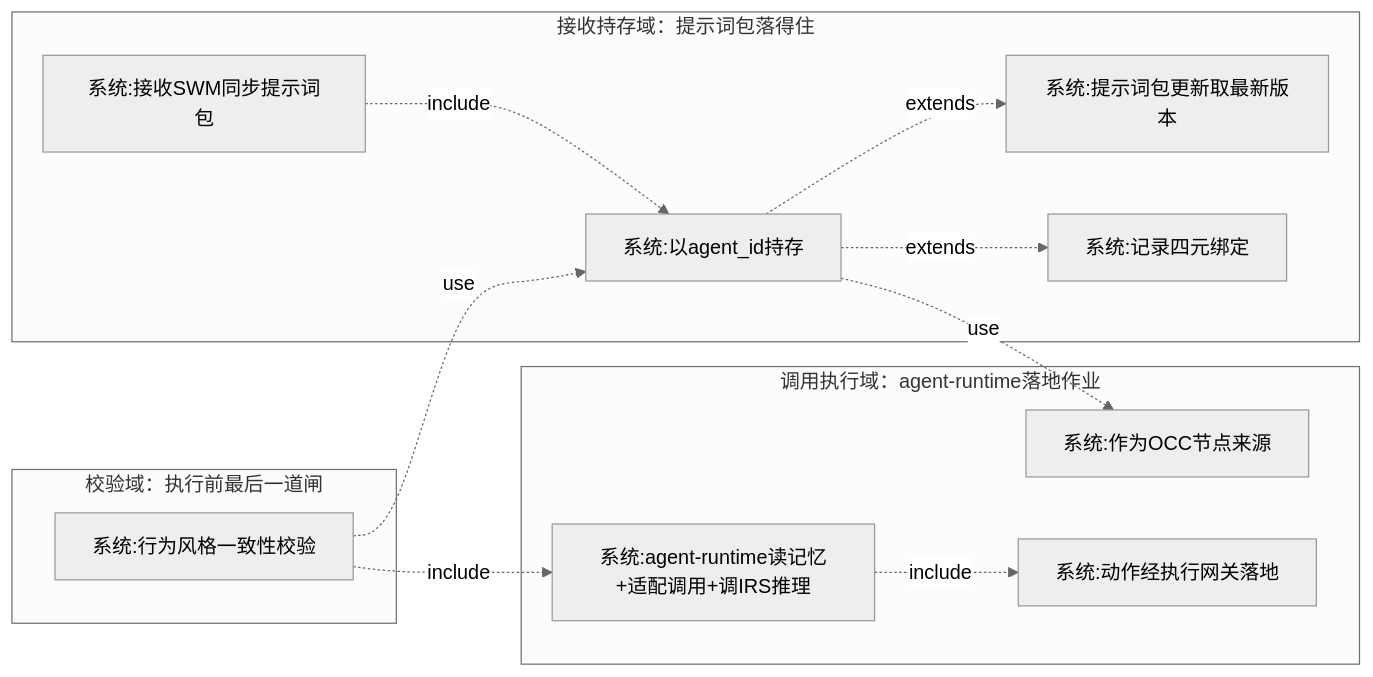
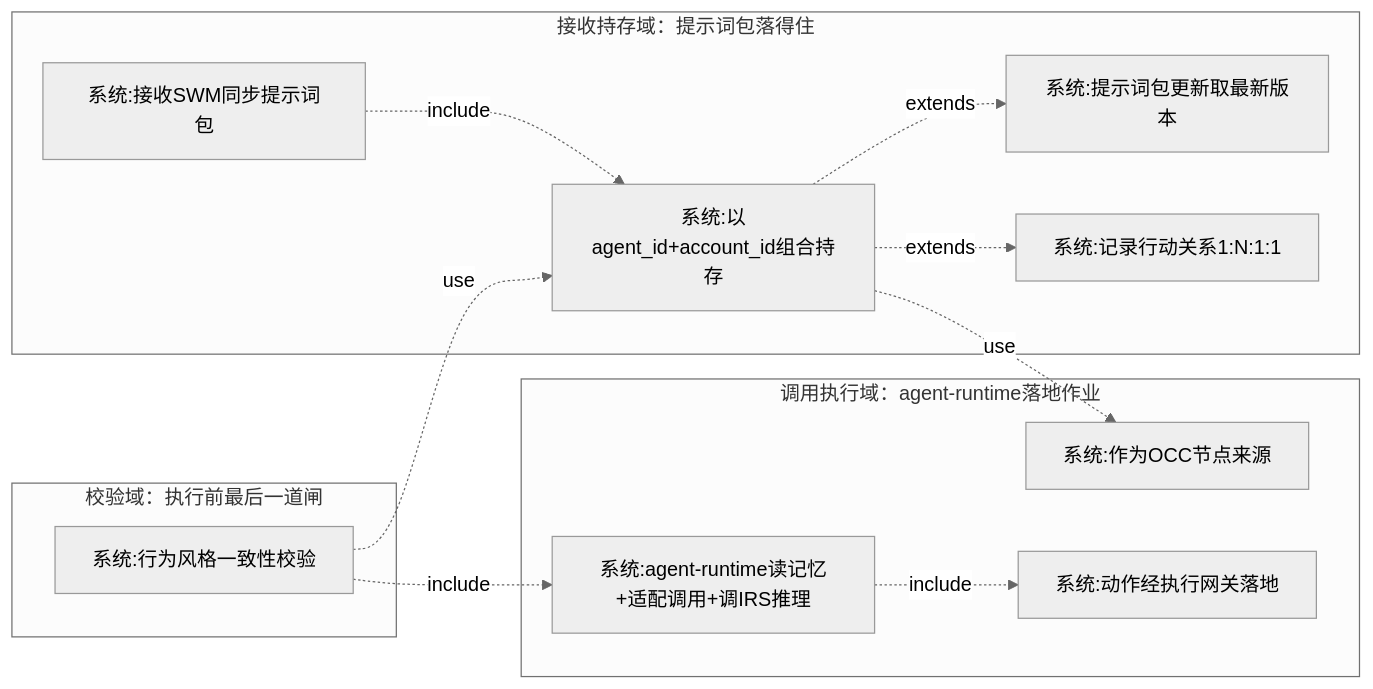
One commit to Sj-g/obsidian changed diagram 15 of 16 in 公司项目/认知作战/文档/SRS/软件需求规格说明-MC子系统.md. Above: the diagram before and after it, drawn with Mermaid (neutral theme). The commit also changed other lines of this file and 3 other files, not shown here.

````diff
--- a/公司项目/认知作战/文档/SRS/软件需求规格说明-MC子系统.md
+++ b/公司项目/认知作战/文档/SRS/软件需求规格说明-MC子系统.md
@@ -1183,24 +1184,24 @@
 ```mermaid
 flowchart LR
   subgraph 接收持存域["接收持存域：提示词包落得住"]
     UC1[系统:接收SWM同步提示词包]
-    UC2[系统:以agent_id持存]
+    UC2[系统:以agent_id+account_id组合持存]
     UC3[系统:提示词包更新取最新版本]
-    UC4[系统:记录四元绑定]
+    UC4[系统:记录行动关系1:N:1:1]
     UC1 -. include .-> UC2
     UC2 -. extends .-> UC3
     UC2 -. extends .-> UC4
   end
   subgraph 校验域["校验域：执行前最后一道闸"]
     UC5[系统:行为风格一致性校验]
     UC5 -. use .-> UC2
   end
   subgraph 调用执行域["调用执行域：agent-runtime落地作业"]
     UC6[系统:agent-runtime读记忆+适配调用+调IRS推理]
     UC7[系统:动作经执行网关落地]
     UC8[系统:作为OCC节点来源]
     UC5 -. include .-> UC6
     UC6 -. include .-> UC7
     UC2 -. use .-> UC8
   end
 ```
````
